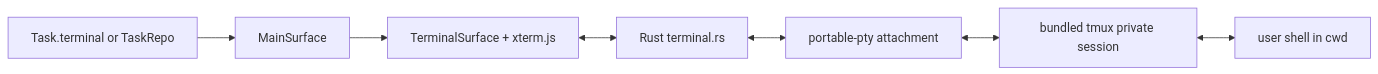
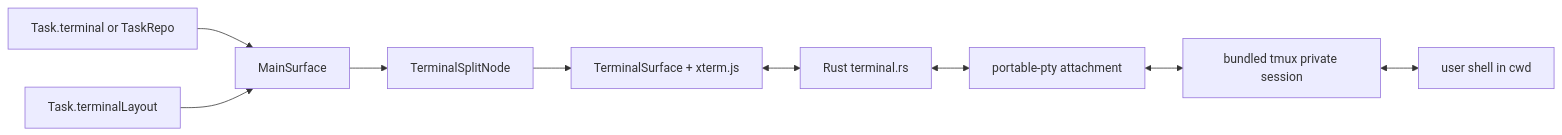
One commit to gh0stonio/pinata changed diagram 12 of 12 in docs/architecture.md. Above: the diagram before and after it, drawn with Mermaid. The commit also changed other lines of this file and 16 other files, not shown here.

````diff
--- a/docs/architecture.md
+++ b/docs/architecture.md
@@ -779,17 +787,21 @@
 ```mermaid
 flowchart LR
     Surface["Task.terminal or TaskRepo"]
+    Layout["Task.terminalLayout"]
     MainSurface["MainSurface"]
+    SplitNode["TerminalSplitNode"]
     TerminalSurface["TerminalSurface + xterm.js"]
     RustTerminal["Rust terminal.rs"]
     PTY["portable-pty attachment"]
     Tmux["bundled tmux private session"]
     Shell["user shell in cwd"]
 
     Surface --> MainSurface
-    MainSurface --> TerminalSurface
+    Layout --> MainSurface
+    MainSurface --> SplitNode
+    SplitNode --> TerminalSurface
     TerminalSurface <--> RustTerminal
     RustTerminal <--> PTY
     PTY <--> Tmux
     Tmux <--> Shell
 ```
````
